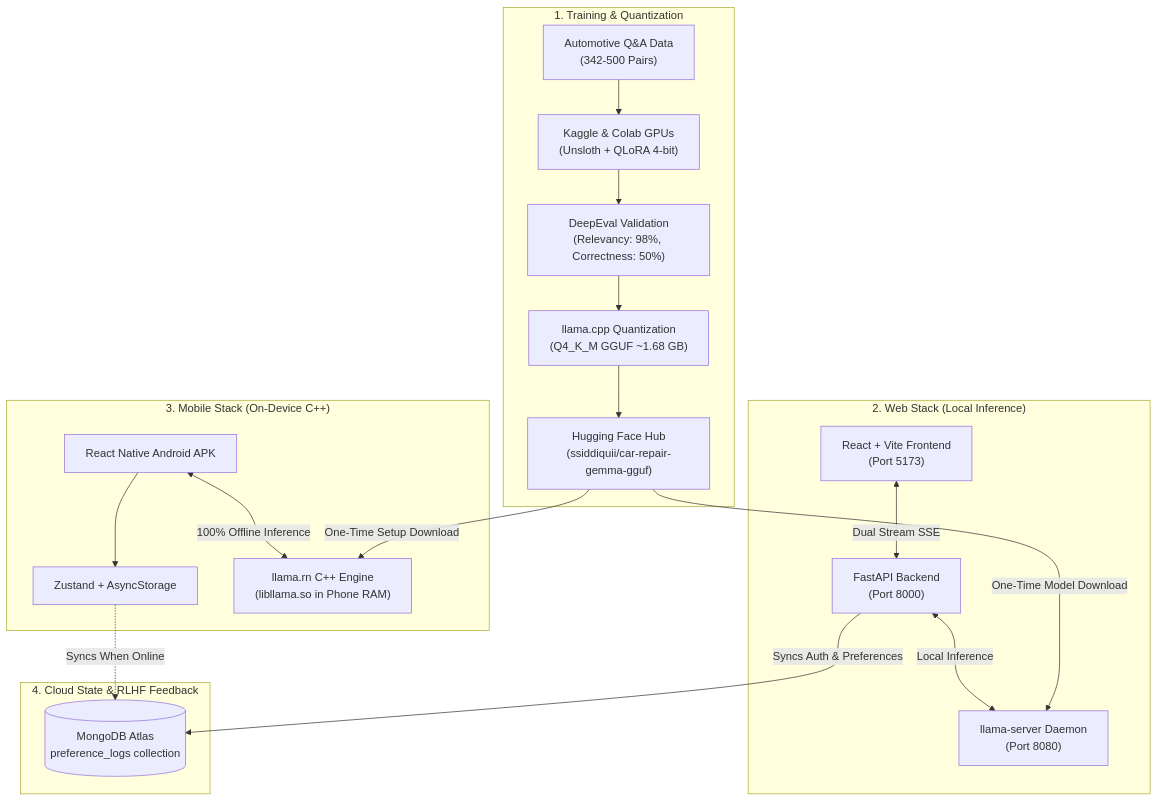
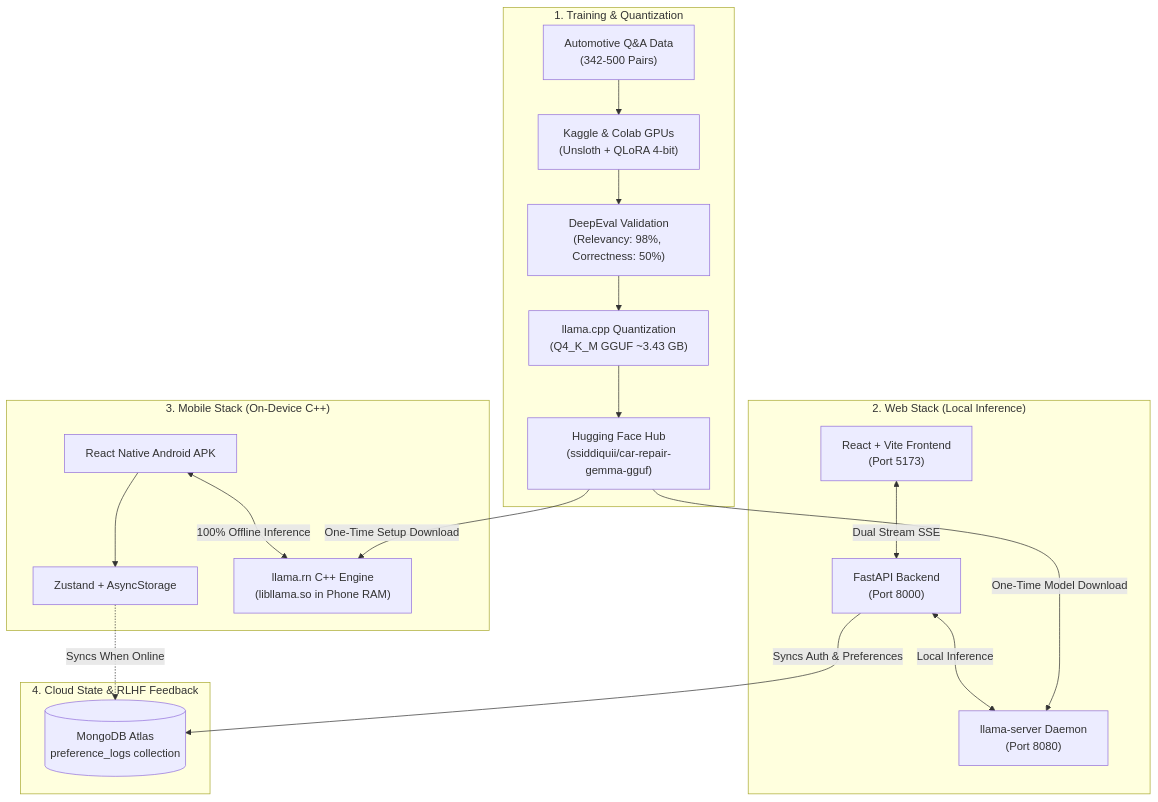
Before and after one commit to ssiddiquiii/car-specialist-gpt: the diagram in README.md, drawn with Mermaid. The commit also changed other lines of this file and 1 other file, not shown here.

````diff
--- a/README.md
+++ b/README.md
@@ -74,36 +74,36 @@
 ```mermaid
 flowchart TD
     subgraph Model_Pipeline["1. Training & Quantization"]
         RAW["Automotive Q&A Data<br/>(342-500 Pairs)"] --> KAGGLE["Kaggle & Colab GPUs<br/>(Unsloth + QLoRA 4-bit)"]
         KAGGLE --> EVAL["DeepEval Validation<br/>(Relevancy: 98%, Correctness: 50%)"]
-        EVAL --> GGUF["llama.cpp Quantization<br/>(Q4_K_M GGUF ~1.68 GB)"]
+        EVAL --> GGUF["llama.cpp Quantization<br/>(Q4_K_M GGUF ~3.43 GB)"]
         GGUF --> HF["Hugging Face Hub<br/>(ssiddiquii/car-repair-gemma-gguf)"]
     end
 
     subgraph Web_Stack["2. Web Stack (Local Inference)"]
         VITE["React + Vite Frontend<br/>(Port 5173)"]
         FASTAPI["FastAPI Backend<br/>(Port 8000)"]
         LLAMA_SRV["llama-server Daemon<br/>(Port 8080)"]
 
         VITE <-->|Dual Stream SSE| FASTAPI
         FASTAPI <-->|Local Inference| LLAMA_SRV
     end
 
     subgraph Mobile_Stack["3. Mobile Stack (On-Device C++)"]
         EXPO["React Native Android APK"]
         STORE["Zustand + AsyncStorage"]
         LLAMA_RN["llama.rn C++ Engine<br/>(libllama.so in Phone RAM)"]
 
         EXPO --> STORE
         EXPO <-->|100% Offline Inference| LLAMA_RN
     end
 
     subgraph Storage_Cloud["4. Cloud State & RLHF Feedback"]
         MONGO[("MongoDB Atlas<br/>preference_logs collection")]
     end
 
     FASTAPI -->|Syncs Auth & Preferences| MONGO
     STORE -.->|Syncs When Online| MONGO
     HF -->|One-Time Model Download| LLAMA_SRV
     HF -->|One-Time Setup Download| LLAMA_RN
 ```
````
